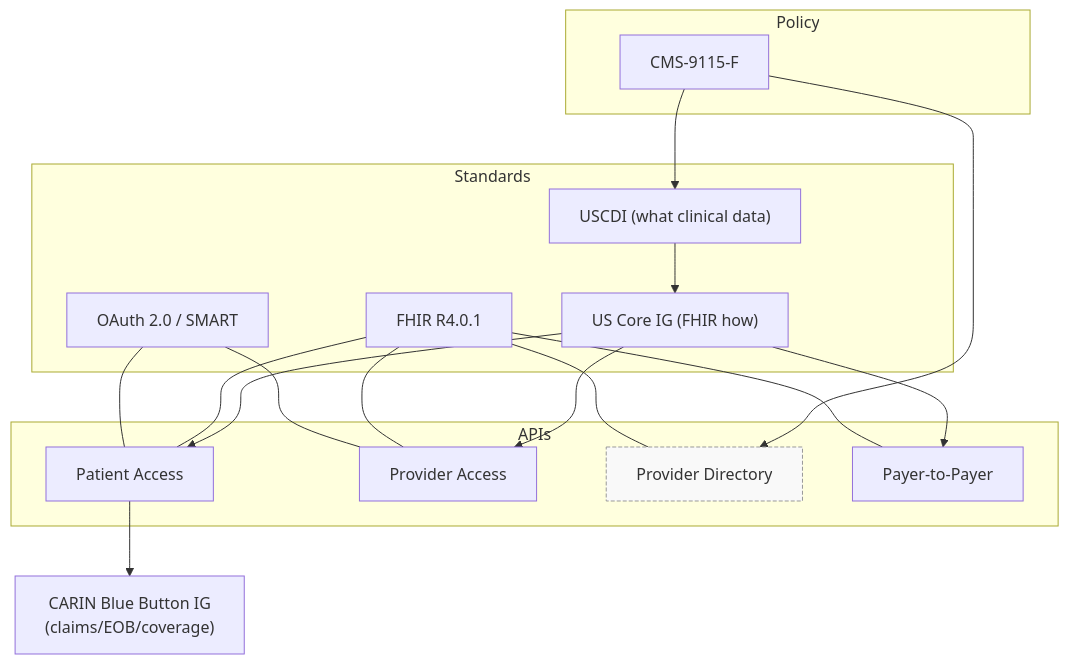
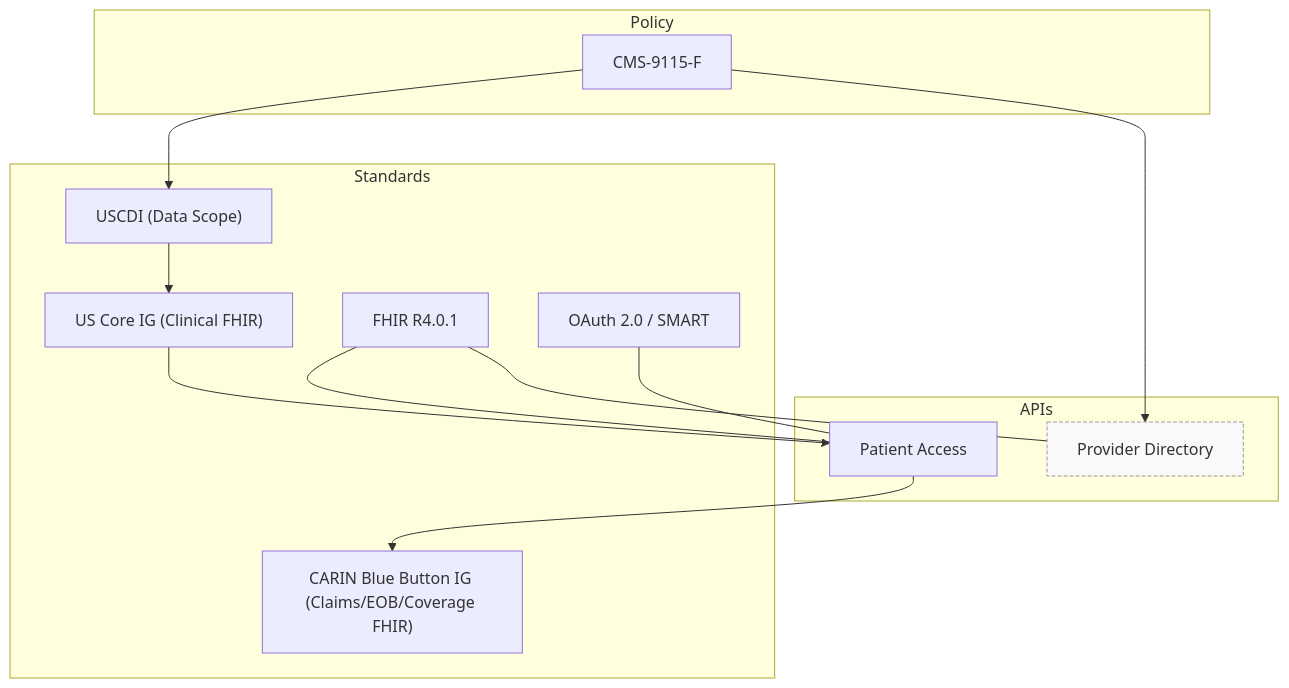
The fourth of 4 diagrams in 02-cms-9115f.md (agabhinav/learn-fhir), drawn with Mermaid before and after one commit. The commit also changed other lines of this file and 1 other file, not shown here.

````diff
--- a/02-cms-9115f.md
+++ b/02-cms-9115f.md
@@ -155,37 +160,31 @@
 ```mermaid
 flowchart TB
   subgraph Policy
     R1[CMS‑9115‑F]
   end
 
   subgraph Standards
-    U["USCDI (what clinical data)"]
-    US["US Core IG (FHIR how)"]
+    U["USCDI (Data Scope)"]
+    US["US Core IG (Clinical FHIR)"]
+    CBB["CARIN Blue Button IG (Claims/EOB/Coverage FHIR)"]
     F[FHIR R4.0.1]
     O[OAuth 2.0 / SMART]
   end
 
   subgraph APIs
     PA[Patient Access]
-    PR[Provider Access]
     PD[Provider Directory]
-    PP[Payer‑to‑Payer]
   end
 
   R1 --> U
   U --> US
   US --> PA
-  US --> PR
-  US --> PP
+  PA --> CBB
   R1 --> PD
 
-  PA --> CBB["CARIN Blue Button IG<br/>(claims/EOB/coverage)"]
   F --- PA
-  F --- PR
   F --- PD
-  F --- PP
   O --- PA
-  O --- PR
 
   style PD fill:#f9f9f9,stroke:#999,stroke-dasharray: 4 2
 ```
````
